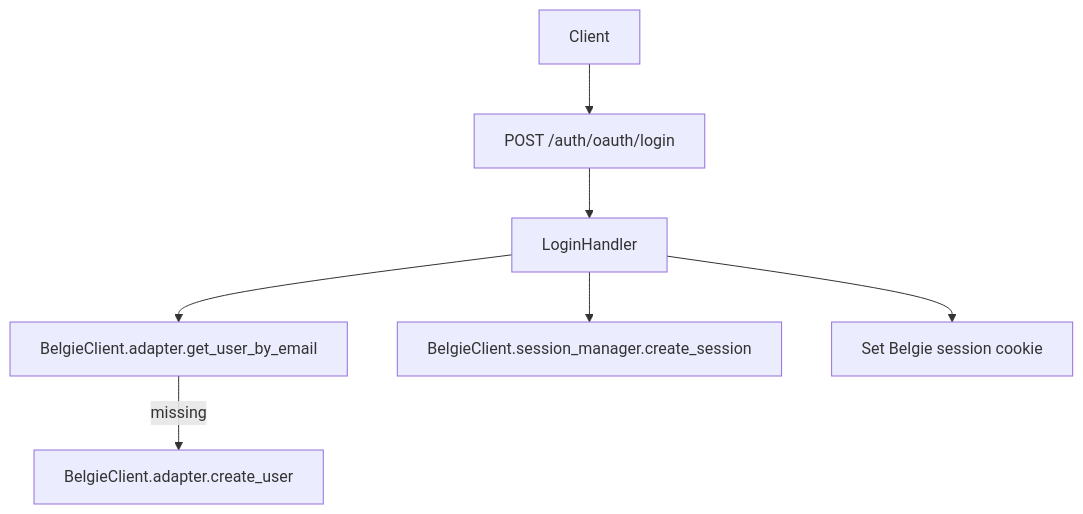
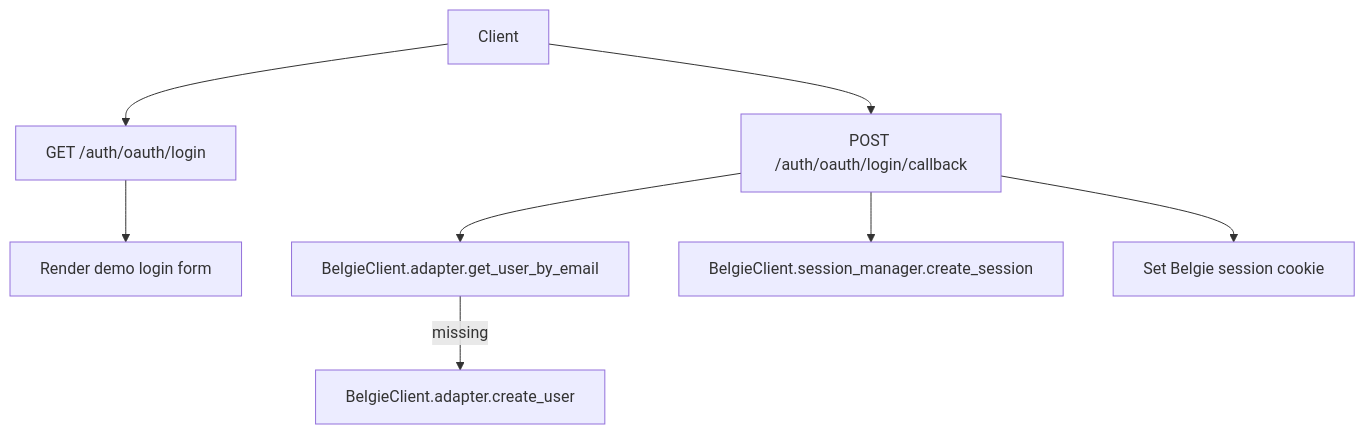
One commit to mplemay/belgie changed the third of 5 diagrams in design/010-belgie-oauth-auth-server.md. Above: the diagram before and after it, drawn with Mermaid. The commit also changed other lines of this file and 8 other files, not shown here.

````diff
--- a/design/010-belgie-oauth-auth-server.md
+++ b/design/010-belgie-oauth-auth-server.md
@@ -152,9 +149,10 @@
 ```mermaid
 graph TD
-    A[Client] --> B[POST /auth/oauth/login]
-    B --> C[LoginHandler]
-    C --> D[BelgieClient.adapter.get_user_by_email]
-    D -->|missing| E[BelgieClient.adapter.create_user]
-    C --> F[BelgieClient.session_manager.create_session]
-    C --> G[Set Belgie session cookie]
+    A[Client] --> B[GET /auth/oauth/login]
+    B --> C[Render demo login form]
+    A --> D[POST /auth/oauth/login/callback]
+    D --> E[BelgieClient.adapter.get_user_by_email]
+    E -->|missing| F[BelgieClient.adapter.create_user]
+    D --> G[BelgieClient.session_manager.create_session]
+    D --> H[Set Belgie session cookie]
 ```
````
